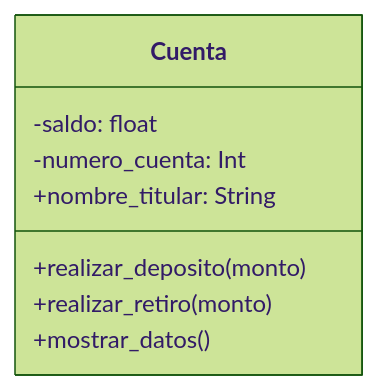
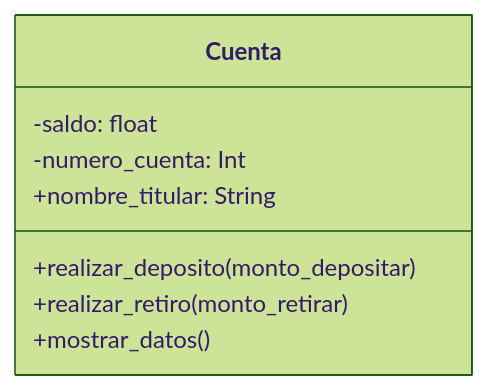
Before and after one commit to StephanieApaza/psg-oop-2025: the diagram in retos_sesion_04/ejercicio_01.md, drawn with Mermaid (forest theme). The commit also changed other lines of this file, not shown here.

````diff
--- a/retos_sesion_04/ejercicio_01.md
+++ b/retos_sesion_04/ejercicio_01.md
@@ -50,11 +50,11 @@
 ```mermaid
 classDiagram
     class Cuenta {
         -saldo: float
         -numero_cuenta: Int
         +nombre_titular: String
-        +realizar_deposito(monto)
-        +realizar_retiro(monto)
+        +realizar_deposito(monto_depositar)
+        +realizar_retiro(monto_retirar)
         +mostrar_datos()
     }
 ```
````
